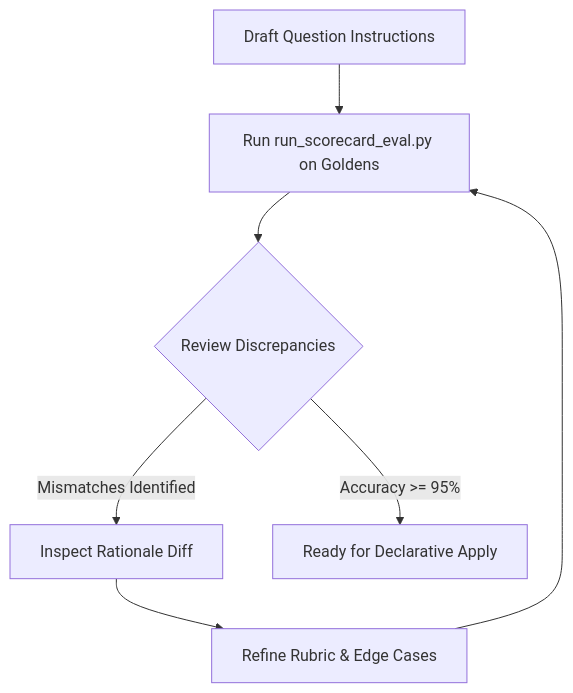
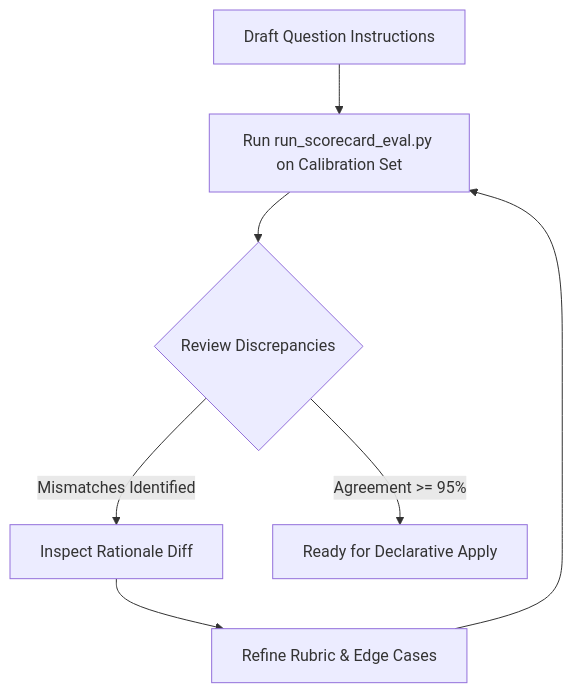
Before and after one commit to GoogleCloudPlatform/cxas-scrapi: the diagram in .agents/skills/cxas-insights/references/prompt-engineering-guide.md, drawn with Mermaid. The commit also changed other lines of this file and 4 other files, not shown here.

````diff
--- a/.agents/skills/cxas-insights/references/prompt-engineering-guide.md
+++ b/.agents/skills/cxas-insights/references/prompt-engineering-guide.md
@@ -50,9 +50,9 @@
 ```mermaid
 graph TD
-    A[Draft Question Instructions] --> B[Run run_scorecard_eval.py on Goldens]
+    A[Draft Question Instructions] --> B[Run run_scorecard_eval.py on Calibration Set]
     B --> C{Review Discrepancies}
     C -->|Mismatches Identified| D[Inspect Rationale Diff]
     D --> E[Refine Rubric & Edge Cases]
     E --> B
-    C -->|Accuracy >= 95%| F[Ready for Declarative Apply]
+    C -->|Agreement >= 95%| F[Ready for Declarative Apply]
 ```
````
